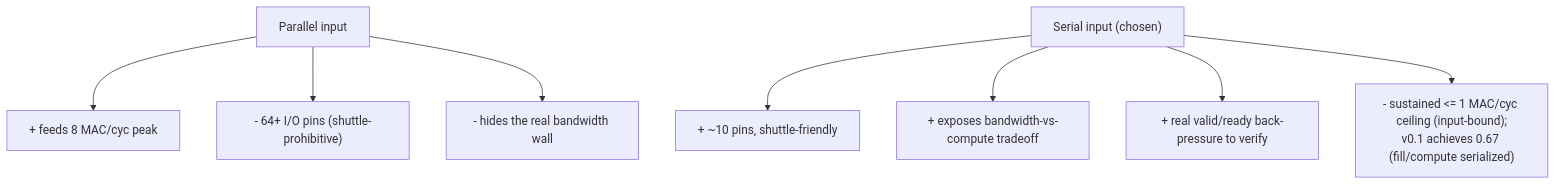
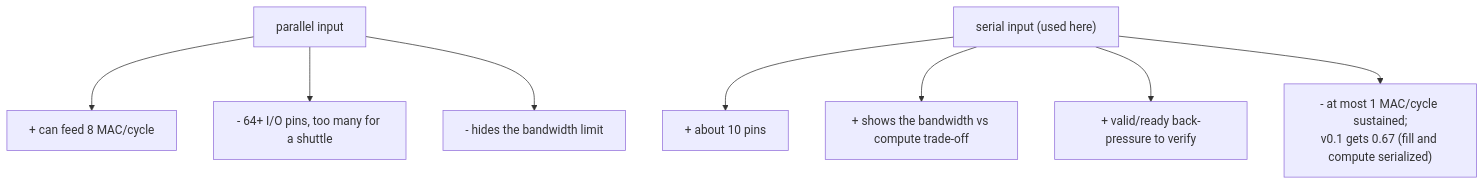
One commit to ChrChr50/proto-accelerators changed the fifth of 6 diagrams in macc8/docs/int8_mac_block_diagram.md. Above: the diagram before and after it, drawn with Mermaid. The commit also changed other lines of this file and 2 other files, not shown here.

````diff
--- a/macc8/docs/int8_mac_block_diagram.md
+++ b/macc8/docs/int8_mac_block_diagram.md
@@ -129,10 +152,10 @@
 ```mermaid
 flowchart TD
-    P["Parallel input"] --> P1["+ feeds 8 MAC/cyc peak"]
-    P --> P2["- 64+ I/O pins (shuttle-prohibitive)"]
-    P --> P3["- hides the real bandwidth wall"]
-    SER["Serial input (chosen)"] --> S1["+ ~10 pins, shuttle-friendly"]
-    SER --> S2["+ exposes bandwidth-vs-compute tradeoff"]
-    SER --> S3["+ real valid/ready back-pressure to verify"]
-    SER --> S4["- sustained <= 1 MAC/cyc ceiling (input-bound);<br/>v0.1 achieves 0.67 (fill/compute serialized)"]
+    P["parallel input"] --> P1["+ can feed 8 MAC/cycle"]
+    P --> P2["- 64+ I/O pins, too many for a shuttle"]
+    P --> P3["- hides the bandwidth limit"]
+    SER["serial input (used here)"] --> S1["+ about 10 pins"]
+    SER --> S2["+ shows the bandwidth vs compute trade-off"]
+    SER --> S3["+ valid/ready back-pressure to verify"]
+    SER --> S4["- at most 1 MAC/cycle sustained;<br/>v0.1 gets 0.67 (fill and compute serialized)"]
 ```
````
